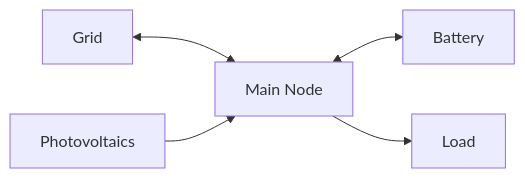
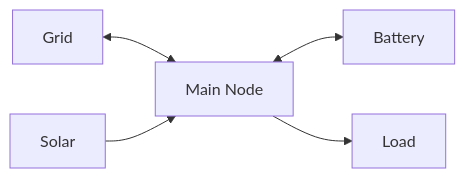
One commit to hass-energy/haeo changed the diagram in docs/user-guide/configuration.md. Above: the diagram before and after it, drawn with Mermaid. The commit also changed other lines of this file and 47 other files, not shown here.

Commit message:
Rename photovoltaics to solar

````diff
--- a/docs/user-guide/configuration.md
+++ b/docs/user-guide/configuration.md
@@ -112,7 +112,7 @@
 ```mermaid
 graph LR
     Grid[Grid] <--> Net[Main Node]
     Net <--> Battery[Battery]
-    Solar[Photovoltaics] --> Net
+    Solar[Solar] --> Net
     Net --> Load[Load]
 ```
````
